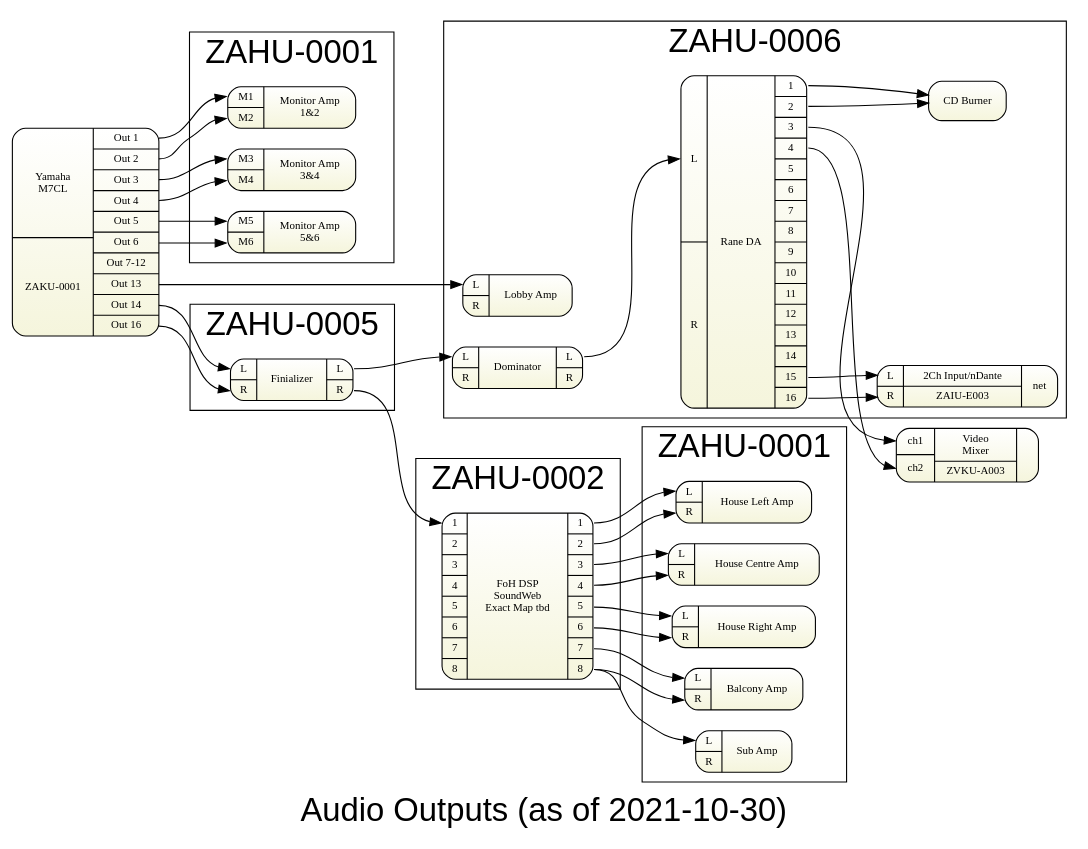
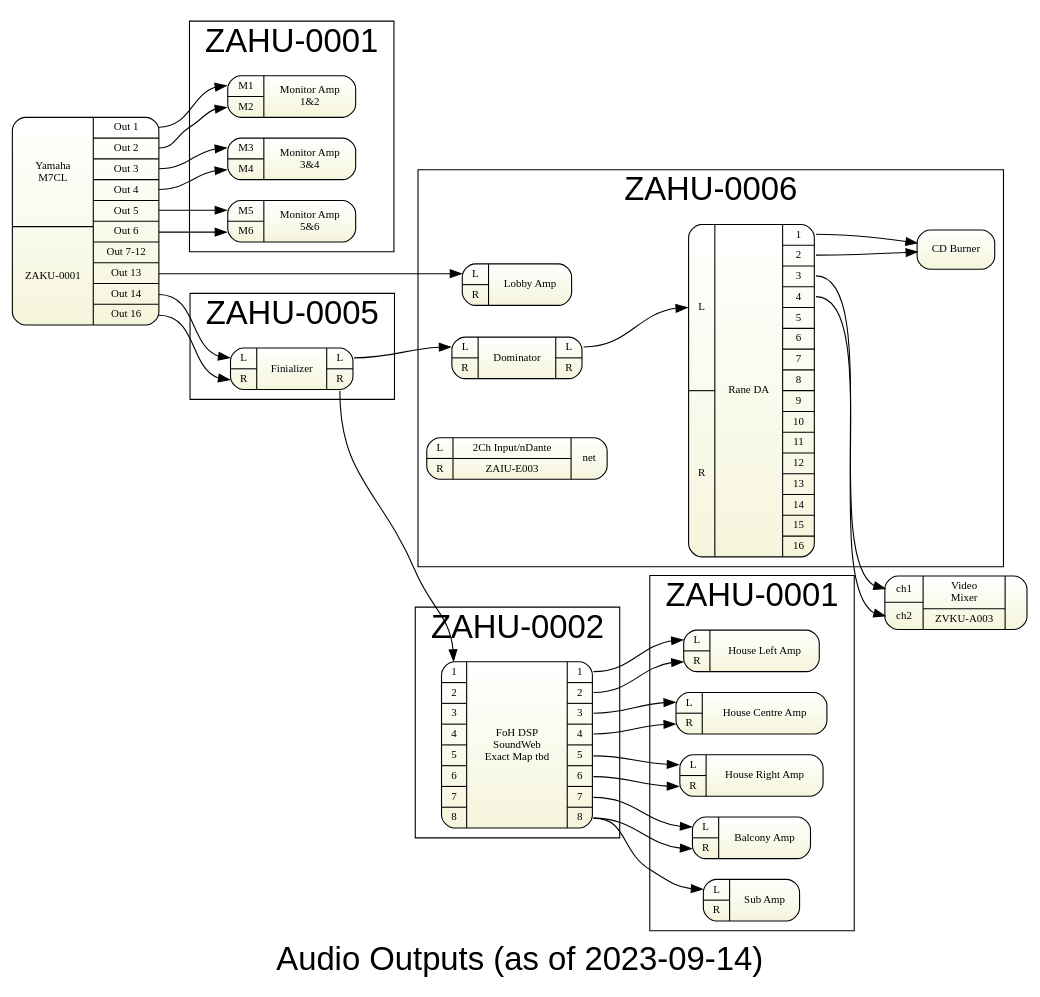
One commit to avmaint/uactechdoc changed the diagram in gv/sda-foh.gv. Above: the diagram before and after it, drawn with Graphviz.

Commit message:
removed incorrect connections

```diff
--- a/gv/sda-foh.gv
+++ b/gv/sda-foh.gv
@@ -1,6 +1,6 @@
 digraph outputs { 
 graph [overlap = true, fontsize = 30, rankdir=LR 
-      label="Audio Outputs (as of 2021-10-30)",
+      label="Audio Outputs (as of 2023-09-14)",
       fontname = Helvetica]
 
 node [shape=Mrecord, tooltip="" ,  fontsize = 10,
@@ -239,6 +239,6 @@
 rane:o2 -> burner:i2
 rane:o3 -> videomix:i1
 rane:o4 -> videomix:i2
-rane:o15 -> zaiue001:ch1
-rane:o16 -> zaiue001:ch2
+#rane:o15 -> zaiue001:ch1 not implemented
+#rane:o16 -> zaiue001:ch2
 } 
```
